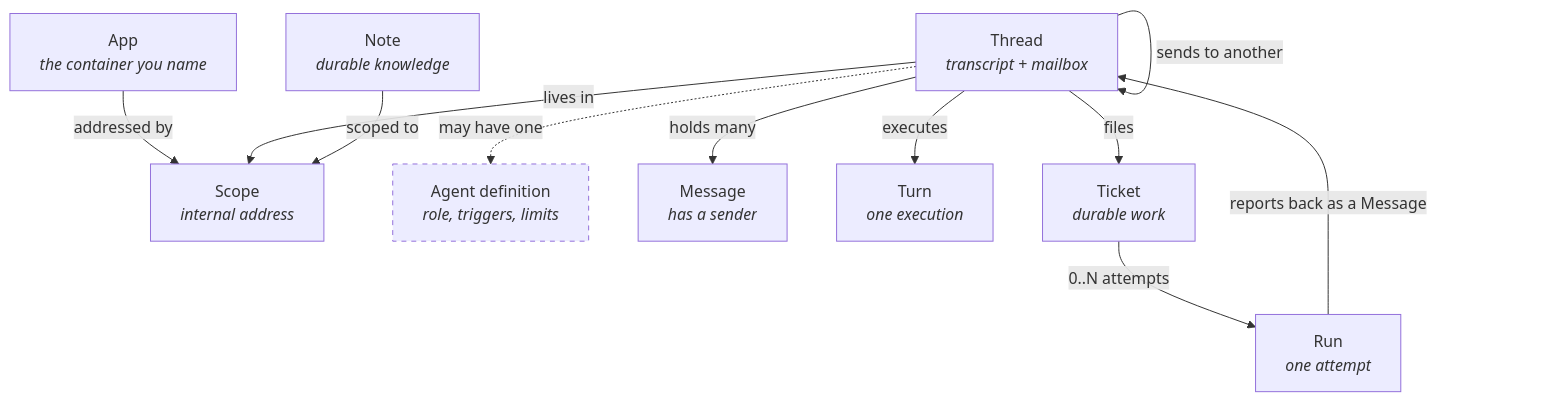
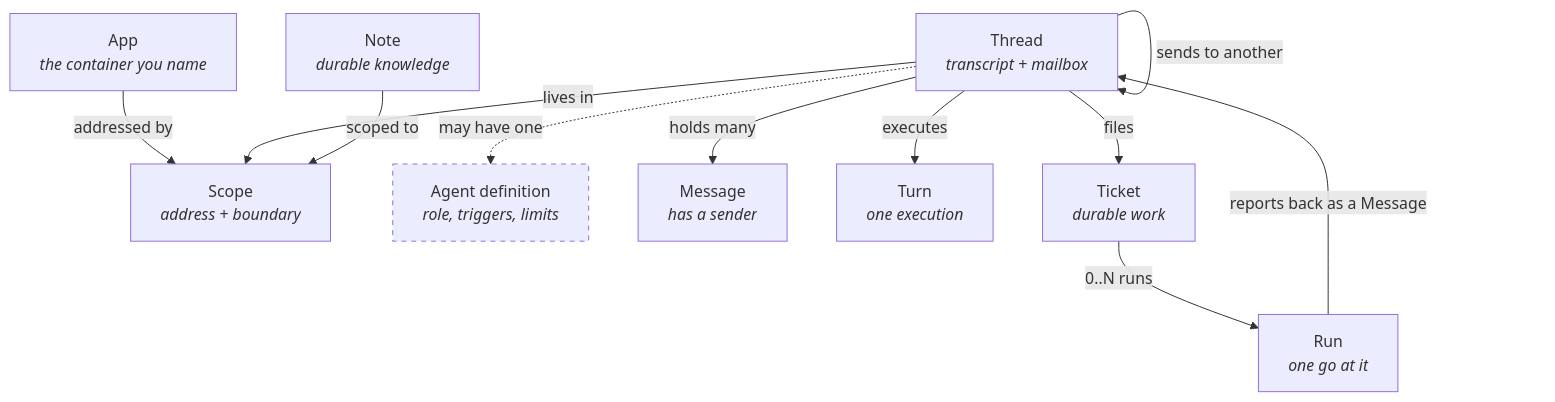
The first of 9 diagrams in docs/platform-redesign/entity-schema-2026-08-27.md (BenMiriello/Workshop), drawn with Mermaid before and after one commit. The commit also changed other lines of this file and 1 other file, not shown here.

First line of the commit message:
docs(model): audit the schema, and correct two claims I got wrong

````diff
--- a/docs/platform-redesign/entity-schema-2026-08-27.md
+++ b/docs/platform-redesign/entity-schema-2026-08-27.md
@@ -25,26 +25,26 @@
 ```mermaid
 graph TD
   App["App<br/><i>the container you name</i>"]
-  Scope["Scope<br/><i>internal address</i>"]
+  Scope["Scope<br/><i>address + boundary</i>"]
   Thread["Thread<br/><i>transcript + mailbox</i>"]
   Def["Agent definition<br/><i>role, triggers, limits</i>"]
   Msg["Message<br/><i>has a sender</i>"]
   Turn["Turn<br/><i>one execution</i>"]
   Ticket["Ticket<br/><i>durable work</i>"]
-  Run["Run<br/><i>one attempt</i>"]
+  Run["Run<br/><i>one go at it</i>"]
   Note["Note<br/><i>durable knowledge</i>"]
 
   App -->|addressed by| Scope
   Thread -->|lives in| Scope
   Note -->|scoped to| Scope
   Thread -->|holds many| Msg
   Thread -->|executes| Turn
   Thread -.->|may have one| Def
   Thread -->|files| Ticket
-  Ticket -->|0..N attempts| Run
+  Ticket -->|0..N runs| Run
   Run -->|reports back as a Message| Thread
   Thread -->|sends to another| Thread
 
   classDef proposed stroke-dasharray: 5 5
   class Def proposed
 ```
````
